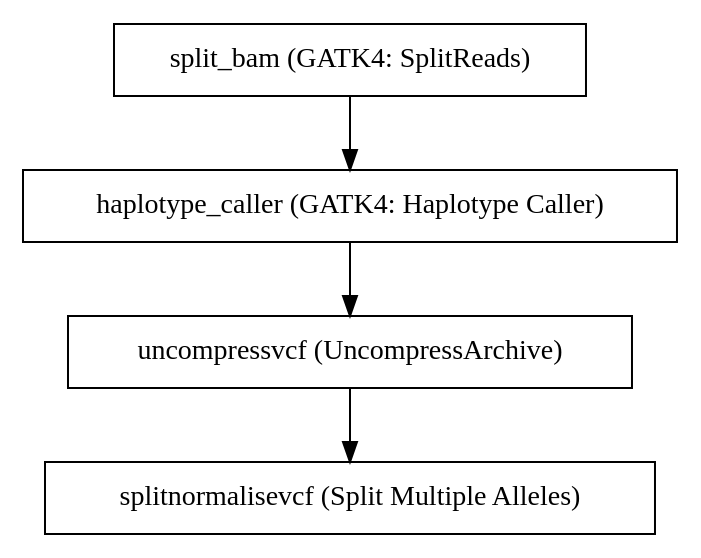
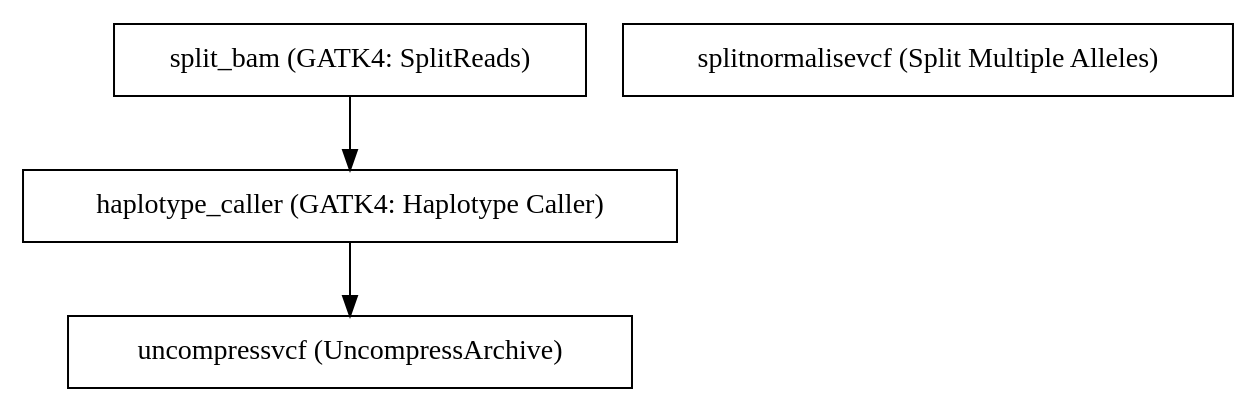
One commit to PMCC-BioinformaticsCore/janis changed the diagram in docs/tools/bioinformatics/variant callers/GATK4_GermlineVariantCaller_4_1_3_0.dot. Above: the diagram before and after it, drawn with Graphviz. The commit also changed 542 other files, not shown here.

```diff
--- a/docs/tools/bioinformatics/variant callers/GATK4_GermlineVariantCaller_4_1_3_0.dot
+++ b/docs/tools/bioinformatics/variant callers/GATK4_GermlineVariantCaller_4_1_3_0.dot
@@ -1,11 +1,10 @@
 // GATK4 Germline Variant Caller
 digraph GATK4_GermlineVariantCaller {
 	node [shape=record]
 	split_bam [label="split_bam (GATK4: SplitReads)"]
 	haplotype_caller [label="haplotype_caller (GATK4: Haplotype Caller)"]
 	uncompressvcf [label="uncompressvcf (UncompressArchive)"]
 	splitnormalisevcf [label="splitnormalisevcf (Split Multiple Alleles)"]
 	split_bam -> haplotype_caller
 	haplotype_caller -> uncompressvcf
-	uncompressvcf -> splitnormalisevcf
 }
```
